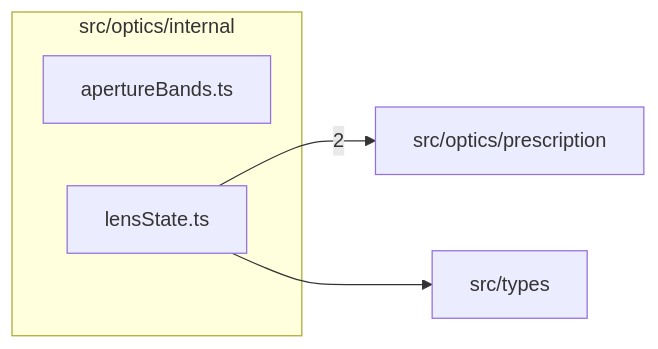
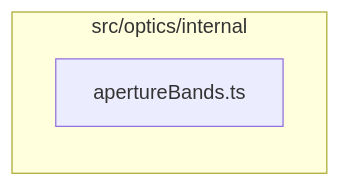
Before and after one commit to ronbuening/LensVisualizer: the diagram in src/optics/internal/readme.md, drawn with Mermaid. The commit also changed other lines of this file and 70 other files, not shown here.

````diff
--- a/src/optics/internal/readme.md
+++ b/src/optics/internal/readme.md
@@ -9,11 +9,6 @@
 ```mermaid
 flowchart LR
   subgraph n_src_optics_internal["src/optics/internal"]
     n_src_optics_internal_src_optics_internal_apertureBands_ts["apertureBands.ts"]
-    n_src_optics_internal_src_optics_internal_lensState_ts["lensState.ts"]
   end
-  n_external_src_optics_prescription["src/optics/prescription"]
-  n_external_src_types["src/types"]
-  n_src_optics_internal_src_optics_internal_lensState_ts --> |2| n_external_src_optics_prescription
-  n_src_optics_internal_src_optics_internal_lensState_ts --> n_external_src_types
 ```
````
